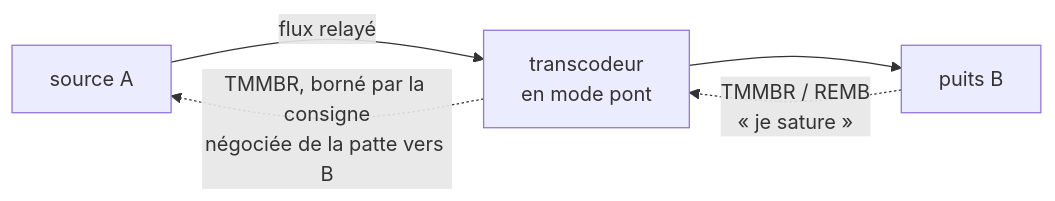
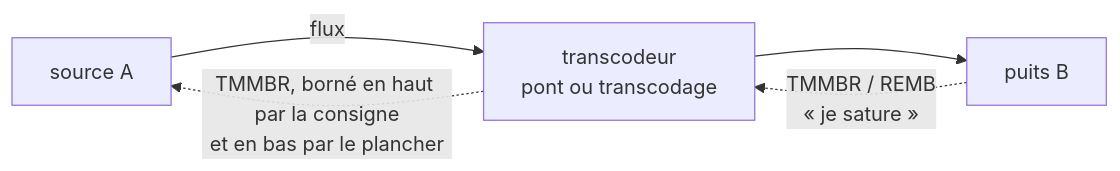
One commit to neutrino38/mediaserver changed the third of 3 diagrams in docs/RATE-CONTROL.md. Above: the diagram before and after it, drawn with Mermaid. The commit also changed other lines of this file and 13 other files, not shown here.

````diff
--- a/docs/RATE-CONTROL.md
+++ b/docs/RATE-CONTROL.md
@@ -417,7 +471,7 @@
 ```mermaid
 flowchart LR
-    S["source A"] -->|"flux relayé"| T["transcodeur<br/>en mode pont"]
+    S["source A"] -->|"flux"| T["transcodeur<br/>pont ou transcodage"]
     T --> P["puits B"]
     P -.->|"TMMBR / REMB<br/>« je sature »"| T
-    T -.->|"TMMBR, borné par la consigne<br/>négociée de la patte vers B"| S
+    T -.->|"TMMBR, borné en haut par la consigne<br/>et en bas par le plancher"| S
 ```
````
